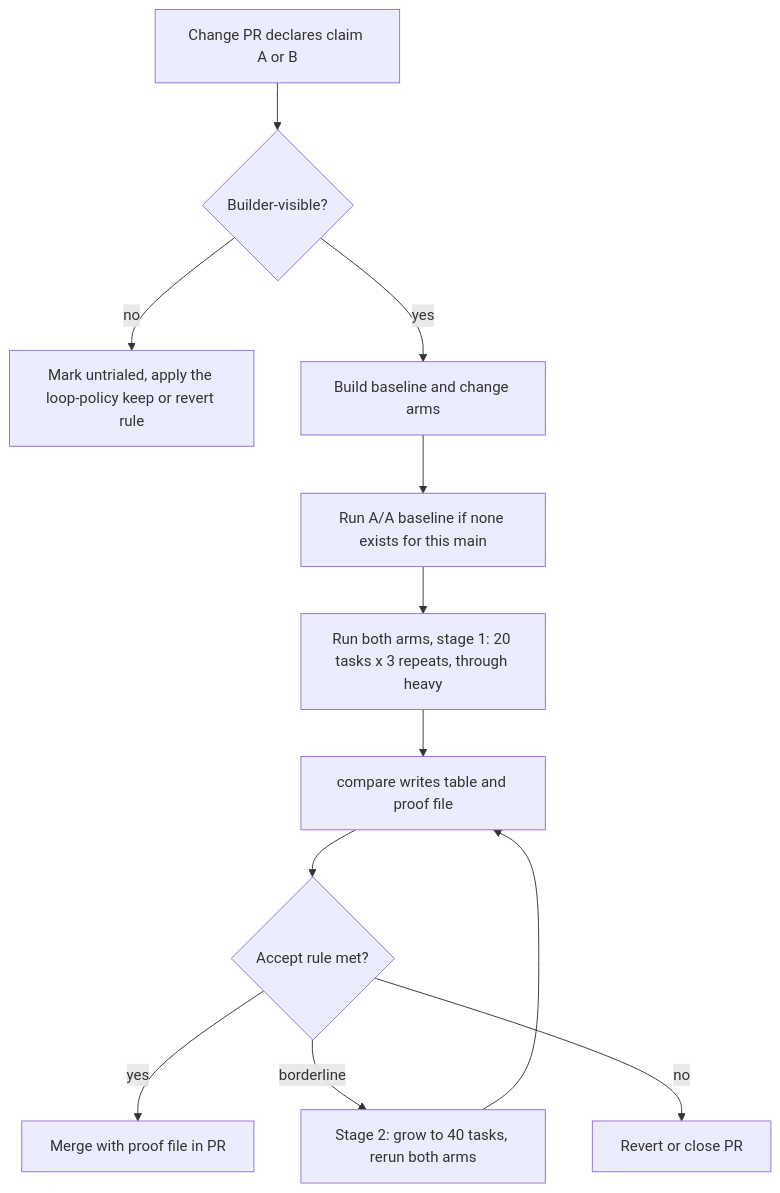
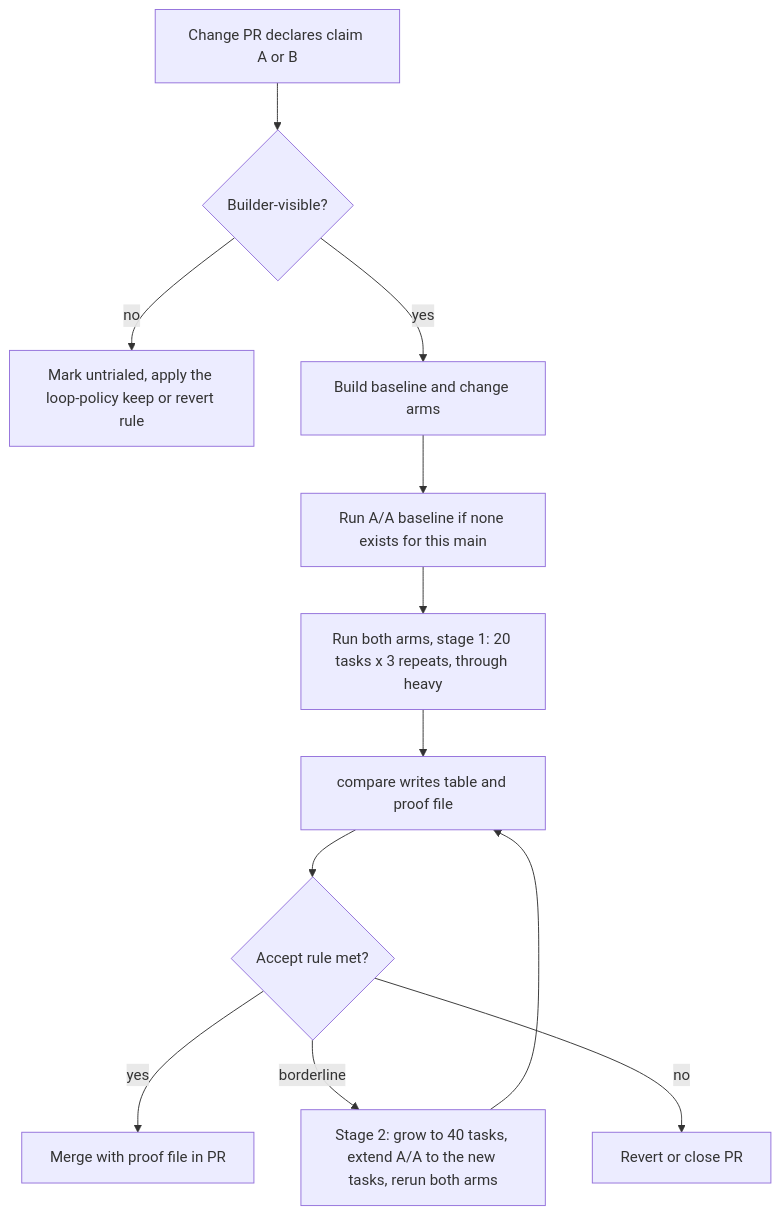
Before and after one commit to shyamsivakumar/mac-ops: the diagram in docs/loop-change-trials.md, drawn with Mermaid. The commit also changed other lines of this file, not shown here.

Commit message:
Extend A/A to the new tasks before the stage 2 decision (Refs #505)

````diff
--- a/docs/loop-change-trials.md
+++ b/docs/loop-change-trials.md
@@ -247,14 +250,14 @@
 ```mermaid
 flowchart TD
     A[Change PR declares claim A or B] --> B{Builder-visible?}
     B -- no --> U[Mark untrialed, apply the loop-policy keep or revert rule]
     B -- yes --> C[Build baseline and change arms]
     C --> D[Run A/A baseline if none exists for this main]
     D --> E[Run both arms, stage 1: 20 tasks x 3 repeats, through heavy]
     E --> F[compare writes table and proof file]
     F --> G{Accept rule met?}
     G -- yes --> H[Merge with proof file in PR]
-    G -- "borderline" --> I[Stage 2: grow to 40 tasks, rerun both arms]
+    G -- "borderline" --> I[Stage 2: grow to 40 tasks, extend A/A to the new tasks, rerun both arms]
     G -- no --> R[Revert or close PR]
     I --> F
 ```
````
